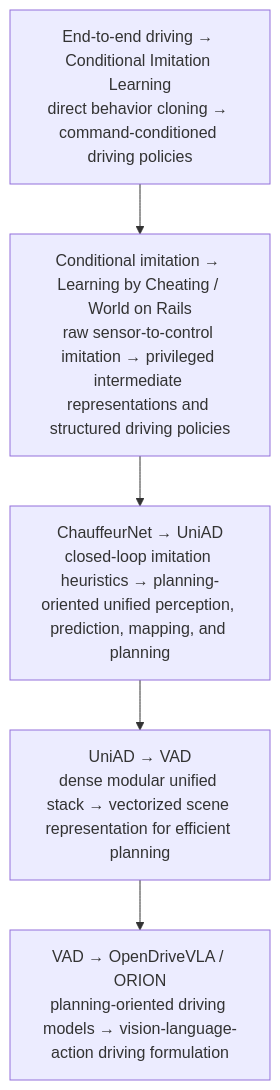
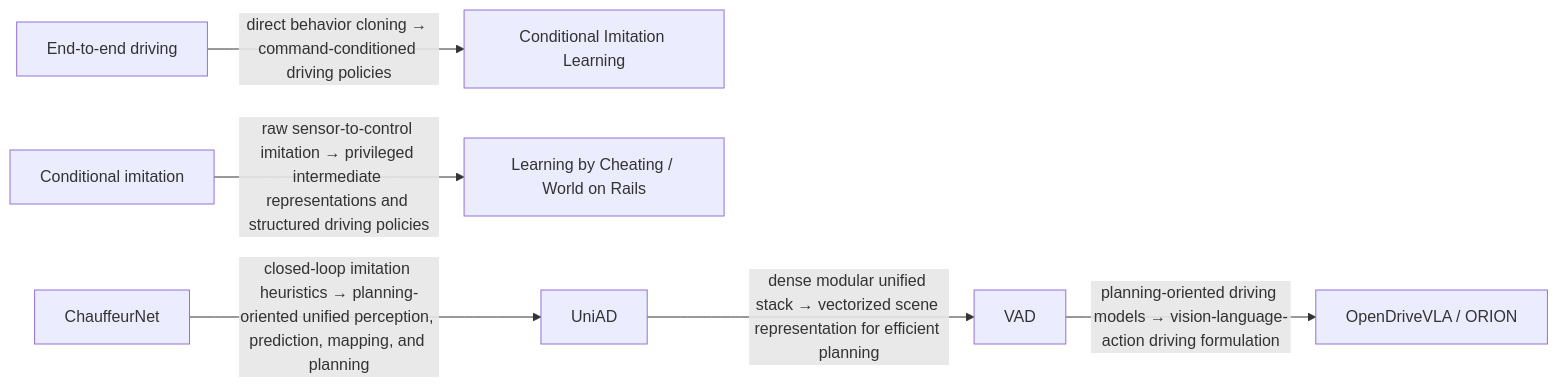
Diagram 13 of 15 in README.md (SechanOh/awesome-multimodal-perception), drawn with Mermaid before and after one commit. The commit also changed other lines of this file, not shown here.

Commit message:
Refine field evolution diagrams

````diff
--- a/README.md
+++ b/README.md
@@ -563,9 +638,16 @@
 ```mermaid
-flowchart TD
-    step1["End-to-end driving → Conditional Imitation Learning<br/>direct behavior cloning → command-conditioned driving policies"]
-    step2["Conditional imitation → Learning by Cheating / World on Rails<br/>raw sensor-to-control imitation → privileged intermediate representations and structured driving policies"]
-    step3["ChauffeurNet → UniAD<br/>closed-loop imitation heuristics → planning-oriented unified perception, prediction, mapping, and planning"]
-    step4["UniAD → VAD<br/>dense modular unified stack → vectorized scene representation for efficient planning"]
-    step5["VAD → OpenDriveVLA / ORION<br/>planning-oriented driving models → vision-language-action driving formulation"]
-    step1 --> step2 --> step3 --> step4 --> step5
+flowchart LR
+    s12n1["End-to-end driving"]
+    s12n2["Conditional Imitation Learning"]
+    s12n3["Conditional imitation"]
+    s12n4["Learning by Cheating / World on Rails"]
+    s12n5["ChauffeurNet"]
+    s12n6["UniAD"]
+    s12n7["VAD"]
+    s12n8["OpenDriveVLA / ORION"]
+    s12n1 -->|"direct behavior cloning → command-conditioned driving policies"| s12n2
+    s12n3 -->|"raw sensor-to-control imitation → privileged intermediate representations and structured driving policies"| s12n4
+    s12n5 -->|"closed-loop imitation heuristics → planning-oriented unified perception, prediction, mapping, and planning"| s12n6
+    s12n6 -->|"dense modular unified stack → vectorized scene representation for efficient planning"| s12n7
+    s12n7 -->|"planning-oriented driving models → vision-language-action driving formulation"| s12n8
 ```
````
